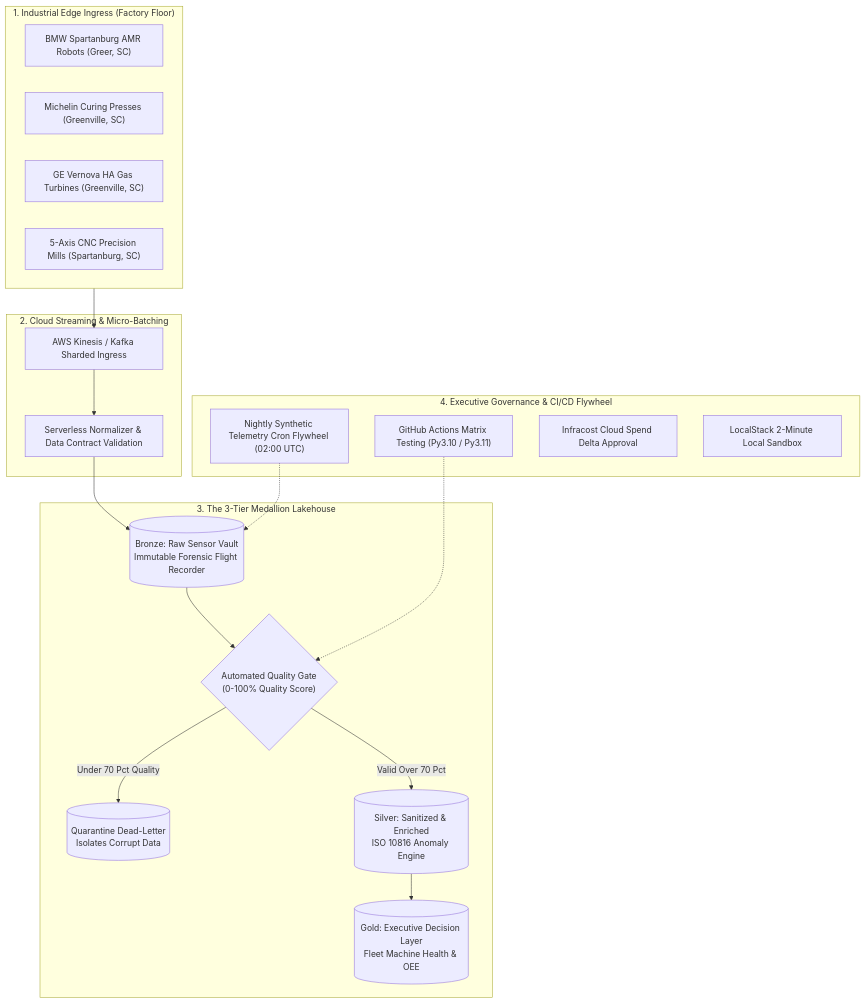
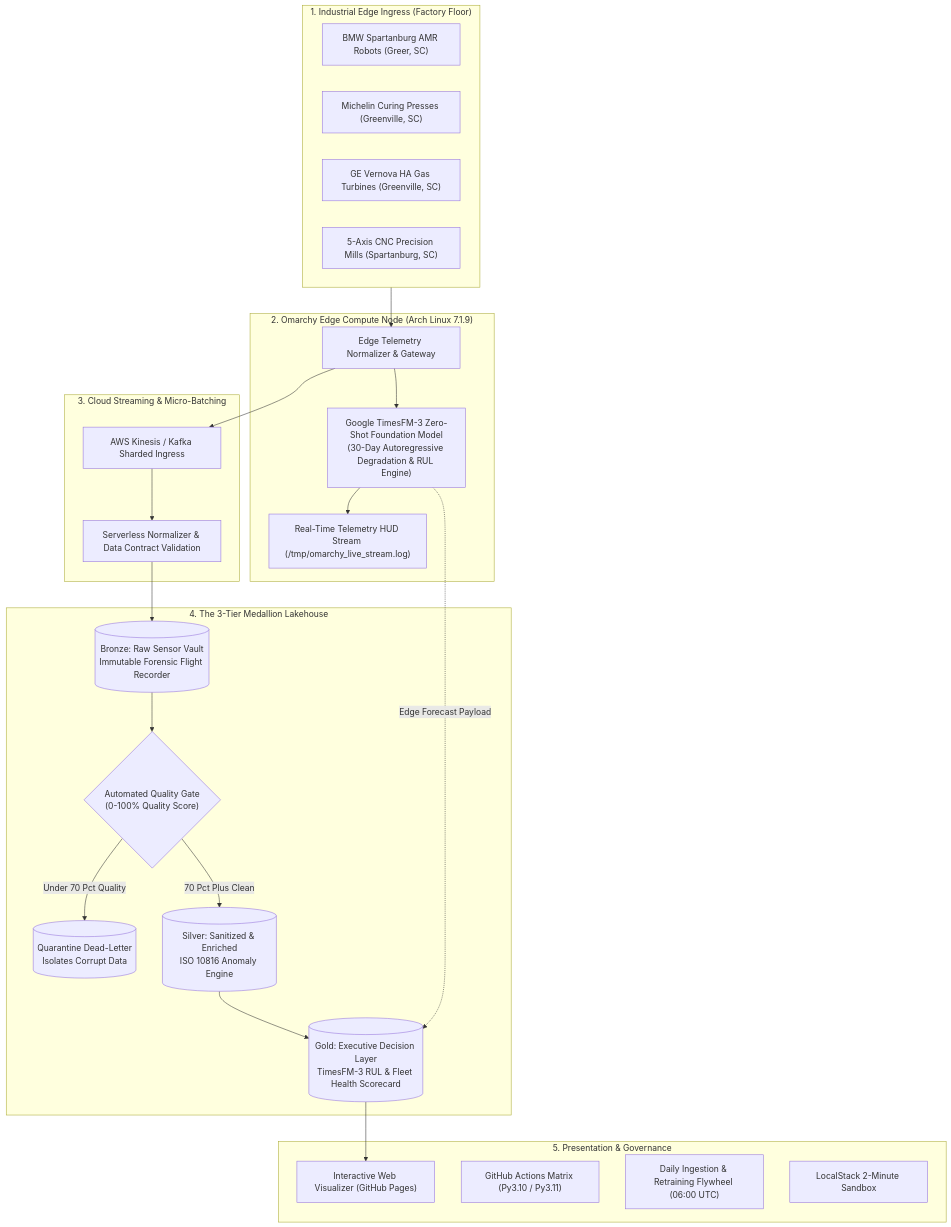
The diagram in README.md (FreeFades2Black/edge-telemetry-lakehouse), drawn with Mermaid before and after one commit. The commit also changed other lines of this file and 27 other files, not shown here.

Commit message:
feat(ansible): introduce edge_iot_gateway automation role, inventory & CI gate

````diff
--- a/README.md
+++ b/README.md
@@ -101,39 +102,48 @@
 ```mermaid
 flowchart TD
     subgraph S1["1. Industrial Edge Ingress (Factory Floor)"]
         A1["BMW Spartanburg AMR Robots (Greer, SC)"]
         A2["Michelin Curing Presses (Greenville, SC)"]
         A3["GE Vernova HA Gas Turbines (Greenville, SC)"]
         A4["5-Axis CNC Precision Mills (Spartanburg, SC)"]
     end
 
-    subgraph S2["2. Cloud Streaming & Micro-Batching"]
+    subgraph S_EDGE["2. Omarchy Edge Compute Node (Arch Linux 7.1.9)"]
+        EDGE_1["Edge Telemetry Normalizer & Gateway"]
+        EDGE_2["Google TimesFM-3 Zero-Shot Foundation Model<br/>(30-Day Autoregressive Degradation & RUL Engine)"]
+        EDGE_3["Real-Time Telemetry HUD Stream (/tmp/omarchy_live_stream.log)"]
+    end
+
+    subgraph S2["3. Cloud Streaming & Micro-Batching"]
         B1["AWS Kinesis / Kafka Sharded Ingress"]
         B2["Serverless Normalizer & Data Contract Validation"]
     end
 
-    subgraph S3["3. The 3-Tier Medallion Lakehouse"]
+    subgraph S3["4. The 3-Tier Medallion Lakehouse"]
         C1[("Bronze: Raw Sensor Vault<br/>Immutable Forensic Flight Recorder")]
         C2{"Automated Quality Gate<br/>(0-100% Quality Score)"}
         C3[("Quarantine Dead-Letter<br/>Isolates Corrupt Data")]
         C4[("Silver: Sanitized & Enriched<br/>ISO 10816 Anomaly Engine")]
-        C5[("Gold: Executive Decision Layer<br/>Fleet Machine Health & OEE")]
+        C5[("Gold: Executive Decision Layer<br/>TimesFM-3 RUL & Fleet Health Scorecard")]
     end
 
-    subgraph S4["4. Executive Governance & CI/CD Flywheel"]
-        D1["GitHub Actions Matrix Testing (Py3.10 / Py3.11)"]
-        D2["Nightly Synthetic Telemetry Cron Flywheel (02:00 UTC)"]
-        D3["Infracost Cloud Spend Delta Approval"]
-        D4["LocalStack 2-Minute Local Sandbox"]
+    subgraph S4["5. Presentation & Governance"]
+        D1["Interactive Web Visualizer (GitHub Pages)"]
+        D2["GitHub Actions Matrix (Py3.10 / Py3.11)"]
+        D3["Daily Ingestion & Retraining Flywheel (06:00 UTC)"]
+        D4["LocalStack 2-Minute Sandbox"]
     end
 
-    S1 --> B1
+    S1 --> EDGE_1
+    EDGE_1 --> EDGE_2
+    EDGE_2 --> EDGE_3
+    EDGE_1 --> B1
     B1 --> B2
     B2 --> C1
     C1 --> C2
     C2 -->|Under 70 Pct Quality| C3
-    C2 -->|Valid Over 70 Pct| C4
+    C2 -->|70 Pct Plus Clean| C4
     C4 --> C5
-    D1 -.-> C2
-    D2 -.-> C1
+    EDGE_2 -.->|Edge Forecast Payload| C5
+    C5 --> D1
 ```
````
